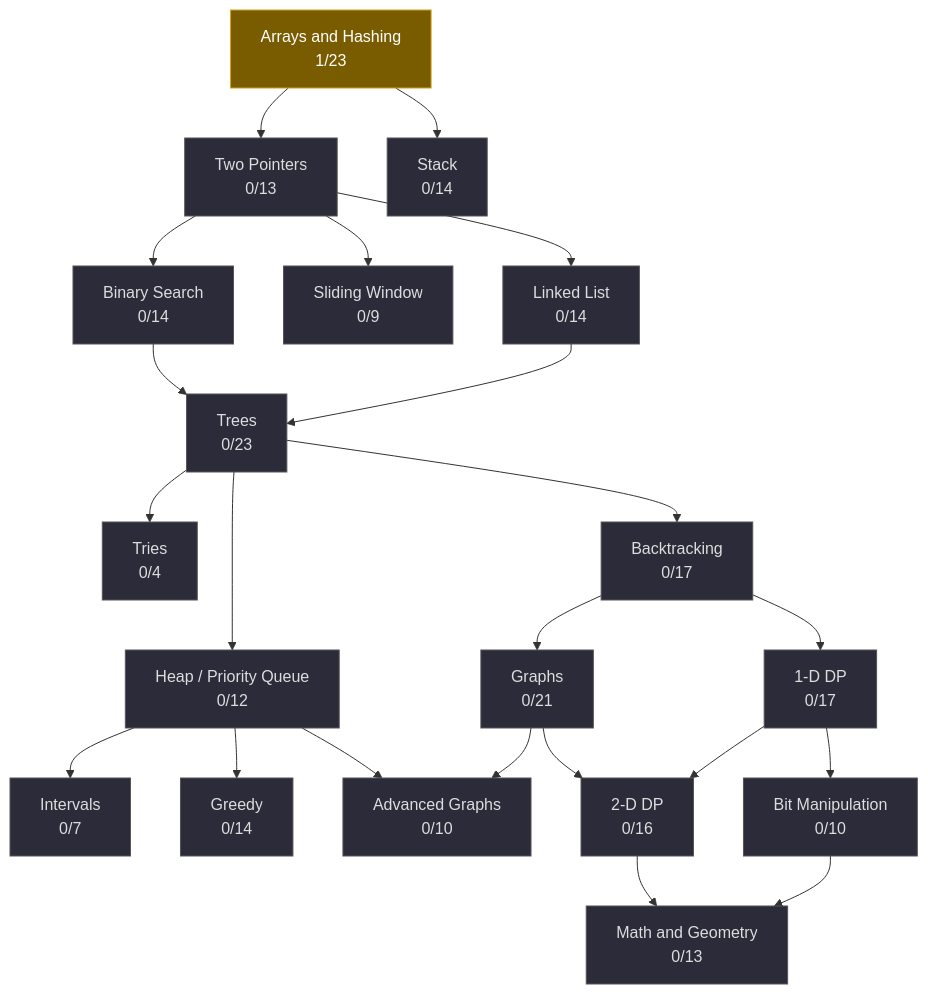
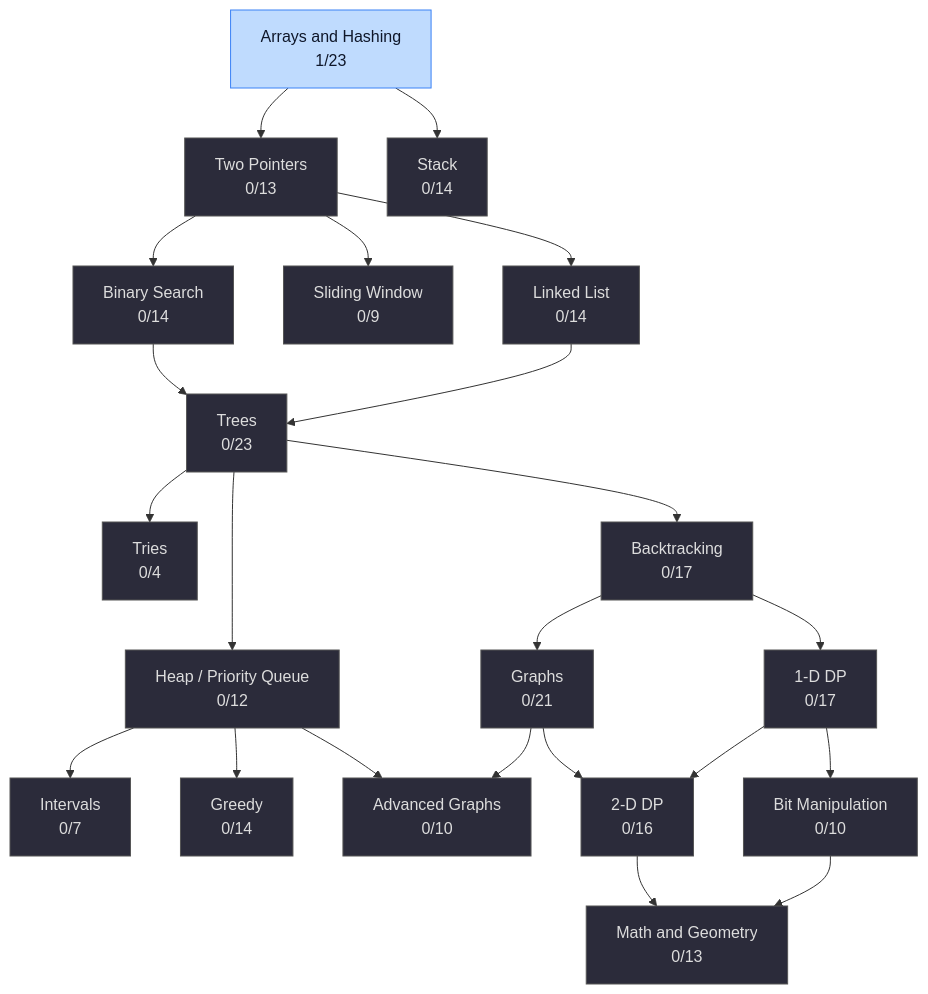
Before and after one commit to DevsLuca/Studies: the diagram in LeetCode/README.md, drawn with Mermaid.

````diff
--- a/LeetCode/README.md
+++ b/LeetCode/README.md
@@ -6,47 +6,47 @@
 ```mermaid
 graph TD
   AH["Arrays and Hashing<br/>1/23"]:::doing
   TP["Two Pointers<br/>0/13"]:::todo
   SW["Sliding Window<br/>0/9"]:::todo
   ST["Stack<br/>0/14"]:::todo
   BS["Binary Search<br/>0/14"]:::todo
   LL["Linked List<br/>0/14"]:::todo
   TR["Trees<br/>0/23"]:::todo
   HP["Heap / Priority Queue<br/>0/12"]:::todo
   BT["Backtracking<br/>0/17"]:::todo
   TRI["Tries<br/>0/4"]:::todo
   GP["Graphs<br/>0/21"]:::todo
   AG["Advanced Graphs<br/>0/10"]:::todo
   DP1["1-D DP<br/>0/17"]:::todo
   DP2["2-D DP<br/>0/16"]:::todo
   GR["Greedy<br/>0/14"]:::todo
   IN["Intervals<br/>0/7"]:::todo
   MG["Math and Geometry<br/>0/13"]:::todo
   BM["Bit Manipulation<br/>0/10"]:::todo
 
   AH --> TP
   AH --> ST
   TP --> BS
   TP --> SW
   TP --> LL
   BS --> TR
   LL --> TR
   TR --> TRI
   TR --> HP
   TR --> BT
   HP --> IN
   HP --> GR
   HP --> AG
   BT --> GP
   BT --> DP1
   GP --> AG
   GP --> DP2
   DP1 --> DP2
   DP1 --> BM
   DP2 --> MG
   BM --> MG
 
   classDef todo fill:#2b2b3a,stroke:#555,color:#ddd
-  classDef doing fill:#7a5c00,stroke:#d4a017,color:#fff
+  classDef doing fill:#bfdbfe,stroke:#3b82f6,color:#0f172a
   classDef done fill:#14532d,stroke:#22c55e,color:#fff
 ```
````
